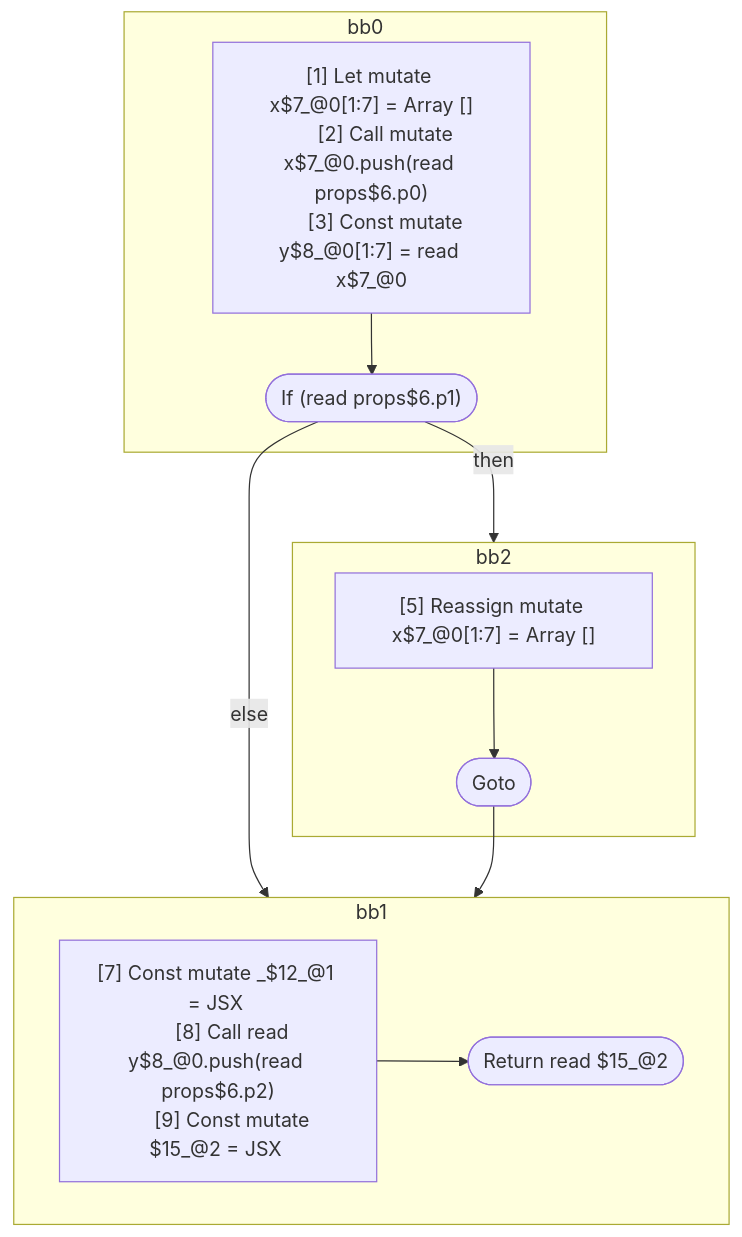
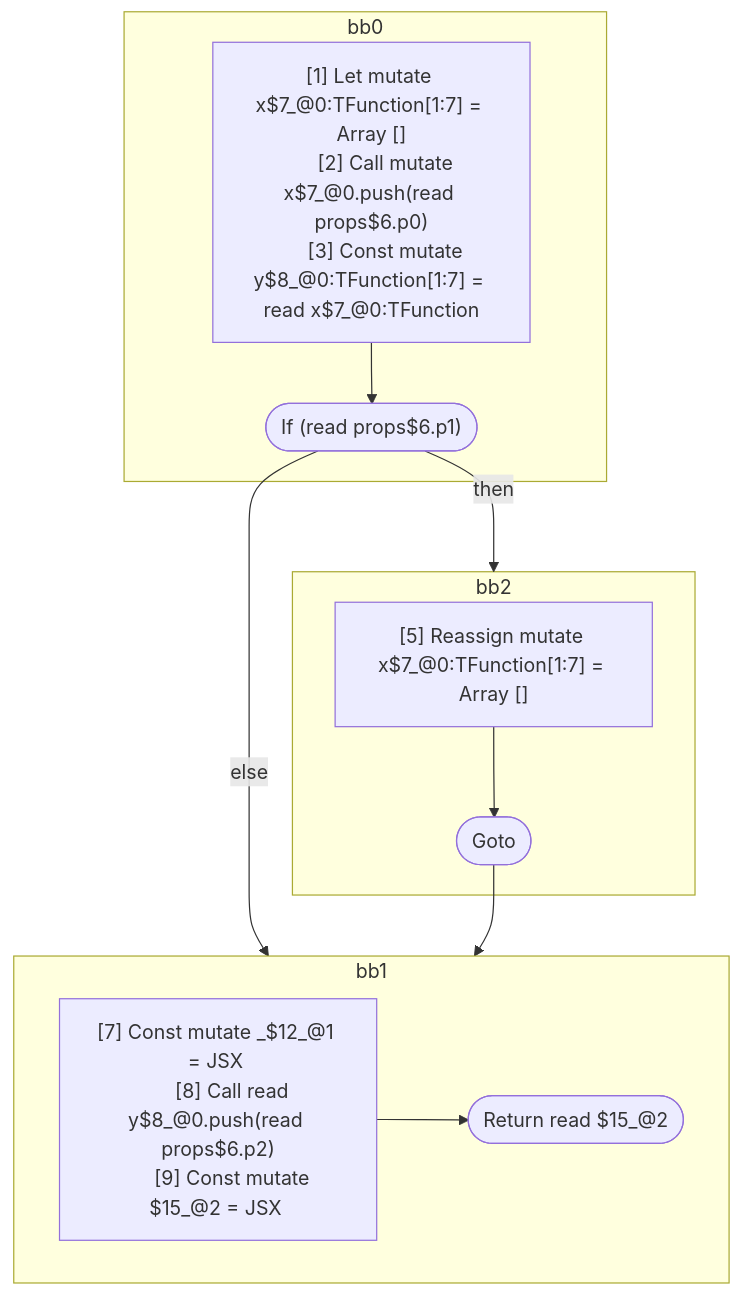
Before and after one commit to wutsmog/private: the diagram in compiler/forget/src/__tests__/fixtures/hir/reassignment-conditional.expect.md, drawn with Mermaid. The commit also changed other lines of this file and 112 other files, not shown here.

````diff
--- a/compiler/forget/src/__tests__/fixtures/hir/reassignment-conditional.expect.md
+++ b/compiler/forget/src/__tests__/fixtures/hir/reassignment-conditional.expect.md
@@ -82,32 +82,32 @@
 ```mermaid
 flowchart TB
   %% Basic Blocks
   subgraph bb0
     bb0_instrs["
-      [1] Let mutate x$7_@0[1:7] = Array []
+      [1] Let mutate x$7_@0:TFunction[1:7] = Array []
       [2] Call mutate x$7_@0.push(read props$6.p0)
-      [3] Const mutate y$8_@0[1:7] = read x$7_@0
+      [3] Const mutate y$8_@0:TFunction[1:7] = read x$7_@0:TFunction
     "]
     bb0_instrs --> bb0_terminal(["If (read props$6.p1)"])
   end
   subgraph bb2
     bb2_instrs["
-      [5] Reassign mutate x$7_@0[1:7] = Array []
+      [5] Reassign mutate x$7_@0:TFunction[1:7] = Array []
     "]
     bb2_instrs --> bb2_terminal(["Goto"])
   end
   subgraph bb1
     bb1_instrs["
-      [7] Const mutate _$12_@1 = JSX <read Component$0 x={freeze x$7_@0} ></read Component$0>
+      [7] Const mutate _$12_@1 = JSX <read Component$0 x={freeze x$7_@0:TFunction} ></read Component$0>
       [8] Call read y$8_@0.push(read props$6.p2)
-      [9] Const mutate $15_@2 = JSX <read Component$0 x={read x$7_@0} y={read y$8_@0} ></read Component$0>
+      [9] Const mutate $15_@2 = JSX <read Component$0 x={read x$7_@0:TFunction} y={read y$8_@0:TFunction} ></read Component$0>
     "]
     bb1_instrs --> bb1_terminal(["Return read $15_@2"])
   end
 
   %% Jumps
   bb0_terminal -- "then" --> bb2
   bb0_terminal -- "else" --> bb1
   bb2_terminal --> bb1
 
 ```
````
